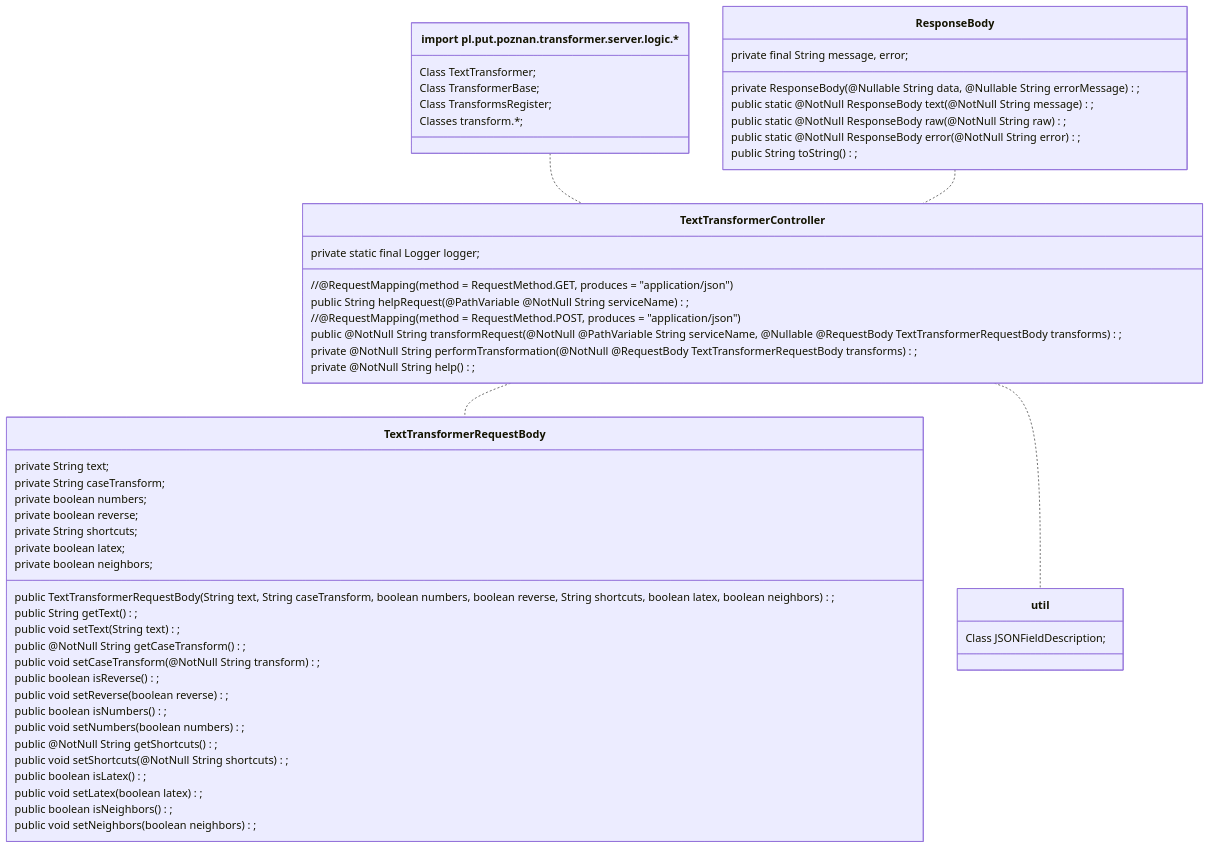
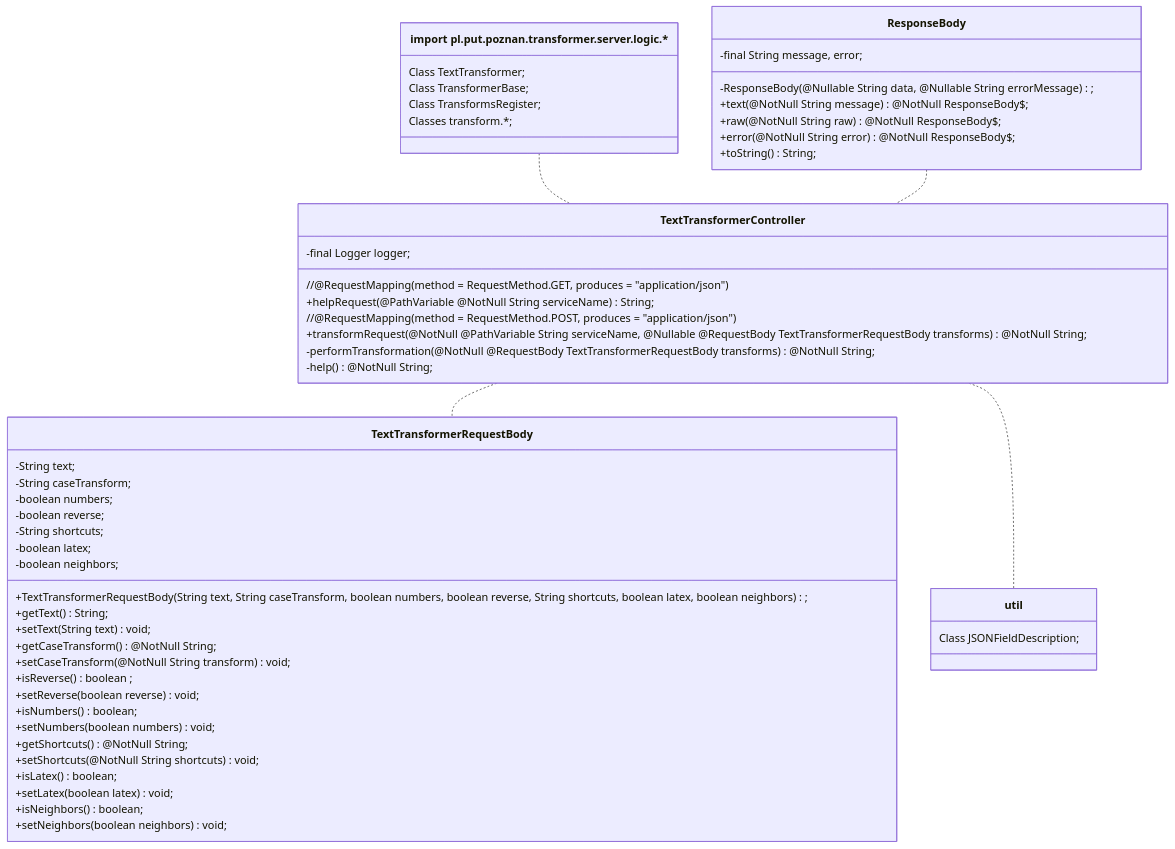
Before and after one commit to pixelsapphire/softeng: the second of 2 diagrams in Diagramy UML.md, drawn with Mermaid. The commit also changed other lines of this file, not shown here.

````diff
--- a/Diagramy UML.md
+++ b/Diagramy UML.md
@@ -120,62 +134,62 @@
 ```mermaid
 classDiagram
     class ResponseBody {
-        private final String message, error;
-        private ResponseBody(@Nullable String data, @Nullable String errorMessage);
-        public static @NotNull ResponseBody text(@NotNull String message);
-        public static @NotNull ResponseBody raw(@NotNull String raw);
-        public static @NotNull ResponseBody error(@NotNull String error);
-        public String toString();
+        -final String message, error;
+        -ResponseBody(@Nullable String data, @Nullable String errorMessage);
+        +text(@NotNull String message) @NotNull ResponseBody$;
+        +raw(@NotNull String raw) @NotNull ResponseBody$;
+        +error(@NotNull String error) @NotNull ResponseBody$;
+        +toString() String;
     }
     click ResponseBody href "https://github.com/RubyNaxela/softeng/blob/main/Server/src/main/java/pl/put/poznan/transformer/server/rest/ResponseBody.java"
     class TextTransformerController{
-        private static final Logger logger;
+        -final Logger logger;
         //@RequestMapping(method = RequestMethod.GET, produces = "application/json")
-        public String helpRequest(@PathVariable @NotNull String serviceName);
+        +helpRequest(@PathVariable @NotNull String serviceName) String;
         //@RequestMapping(method = RequestMethod.POST, produces = "application/json")
-        public @NotNull String transformRequest(@NotNull @PathVariable String serviceName, @Nullable @RequestBody TextTransformerRequestBody transforms);
-        private @NotNull String performTransformation(@NotNull @RequestBody TextTransformerRequestBody transforms);
-        private @NotNull String help();
+        +transformRequest(@NotNull @PathVariable String serviceName, @Nullable @RequestBody TextTransformerRequestBody transforms) @NotNull String;
+        -performTransformation(@NotNull @RequestBody TextTransformerRequestBody transforms) @NotNull String;
+        -help() @NotNull String;
     }
     click TextTransformerController href "https://github.com/RubyNaxela/softeng/blob/main/Server/src/main/java/pl/put/poznan/transformer/server/rest/TextTransformerController.java"
     class logic["import pl.put.poznan.transformer.server.logic.*"]{
         Class TextTransformer;
         Class TransformerBase;
         Class TransformsRegister;
         Classes transform.*;
     }
     click logic href "https://github.com/RubyNaxela/softeng/blob/main/Server/src/main/java/pl/put/poznan/transformer/server/logic"
     class util{
         Class JSONFieldDescription;
     }
     click util href "https://github.com/RubyNaxela/softeng/blob/main/Server/src/main/java/pl/put/poznan/transformer/server/util/JSONFieldDescription.java"
     class TextTransformerRequestBody{
-        private String text;
-        private String caseTransform;
-        private boolean numbers;
-        private boolean reverse;
-        private String shortcuts;
-        private boolean latex;
-        private boolean neighbors;
-        public TextTransformerRequestBody(String text, String caseTransform, boolean numbers, boolean reverse, String shortcuts, boolean latex, boolean neighbors);
-        public String getText();
-        public void setText(String text);
-        public @NotNull String getCaseTransform();
-        public void setCaseTransform(@NotNull String transform);
-        public boolean isReverse();
-        public void setReverse(boolean reverse);
-        public boolean isNumbers();
-        public void setNumbers(boolean numbers);
-        public @NotNull String getShortcuts();
-        public void setShortcuts(@NotNull String shortcuts);
-        public boolean isLatex();
-        public void setLatex(boolean latex);
-        public boolean isNeighbors();
-        public void setNeighbors(boolean neighbors);
+        -String text;
+        -String caseTransform;
+        -boolean numbers;
+        -boolean reverse;
+        -String shortcuts;
+        -boolean latex;
+        -boolean neighbors;
+        +TextTransformerRequestBody(String text, String caseTransform, boolean numbers, boolean reverse, String shortcuts, boolean latex, boolean neighbors);
+        +getText() String;
+        +setText(String text) void;
+        +getCaseTransform() @NotNull String;
+        +setCaseTransform(@NotNull String transform) void;
+        +isReverse() boolean ;
+        +setReverse(boolean reverse) void;
+        +isNumbers() boolean;
+        +setNumbers(boolean numbers) void;
+        +getShortcuts() @NotNull String;
+        +setShortcuts(@NotNull String shortcuts) void;
+        +isLatex() boolean;
+        +setLatex(boolean latex) void;
+        +isNeighbors() boolean;
+        +setNeighbors(boolean neighbors) void;
     }
     click TextTransformerRequestBody href "https://github.com/RubyNaxela/softeng/blob/main/Server/src/main/java/pl/put/poznan/transformer/server/rest/TextTransformerRequestBody.java"
       TextTransformerController .. TextTransformerRequestBody
       TextTransformerController .. util
       logic .. TextTransformerController
       ResponseBody .. TextTransformerController
 ```
````
